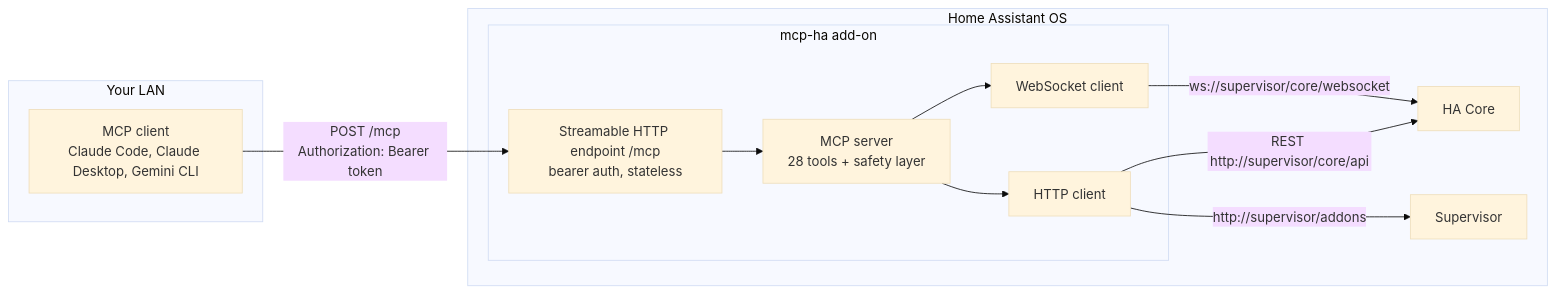
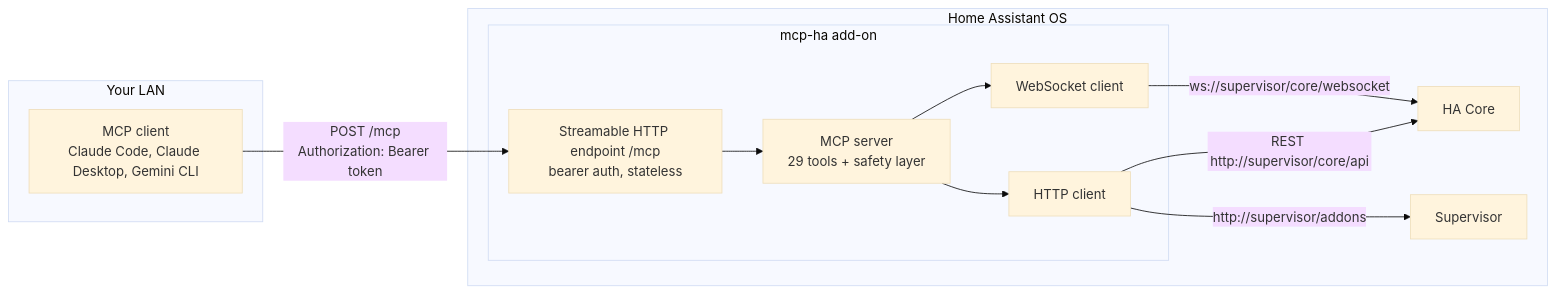
Before and after one commit to Devitek/mcp-ha: the first of 3 diagrams in docs/reference/architecture.md, drawn with Mermaid (base theme). The commit also changed 17 other files, not shown here.

````diff
--- a/docs/reference/architecture.md
+++ b/docs/reference/architecture.md
@@ -7,23 +7,23 @@
 ```mermaid
 flowchart LR
   subgraph lan["Your LAN"]
     C["MCP client<br/>Claude Code, Claude Desktop, Gemini CLI"]
   end
   subgraph haos["Home Assistant OS"]
     subgraph addon["mcp-ha add-on"]
       T["Streamable HTTP endpoint /mcp<br/>bearer auth, stateless"]
-      S["MCP server<br/>28 tools + safety layer"]
+      S["MCP server<br/>29 tools + safety layer"]
       W["WebSocket client"]
       H["HTTP client"]
       T --> S
       S --> W
       S --> H
     end
     CORE["HA Core"]
     SUP["Supervisor"]
     W -->|"ws://supervisor/core/websocket"| CORE
     H -->|"REST http://supervisor/core/api"| CORE
     H -->|"http://supervisor/addons"| SUP
   end
   C -->|"POST /mcp<br/>Authorization: Bearer token"| T
 ```
````
